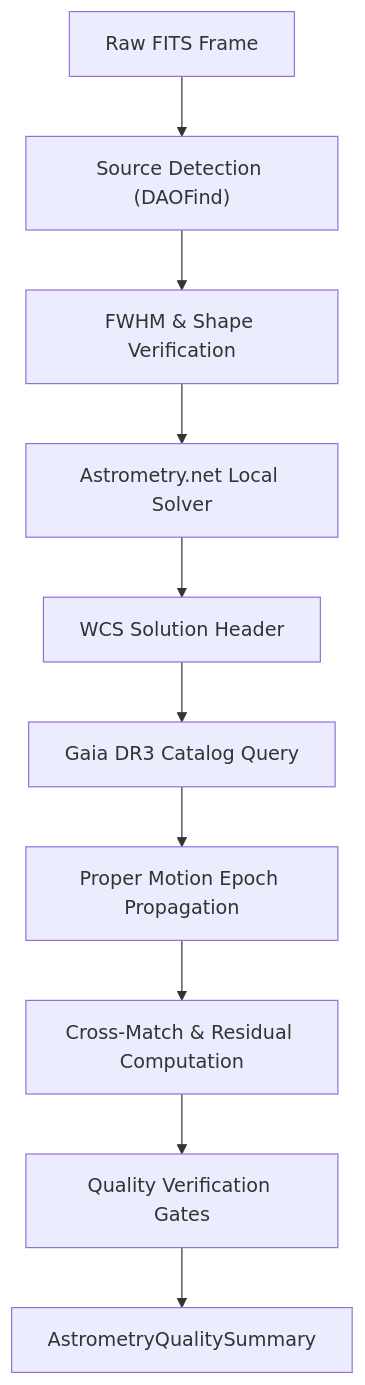
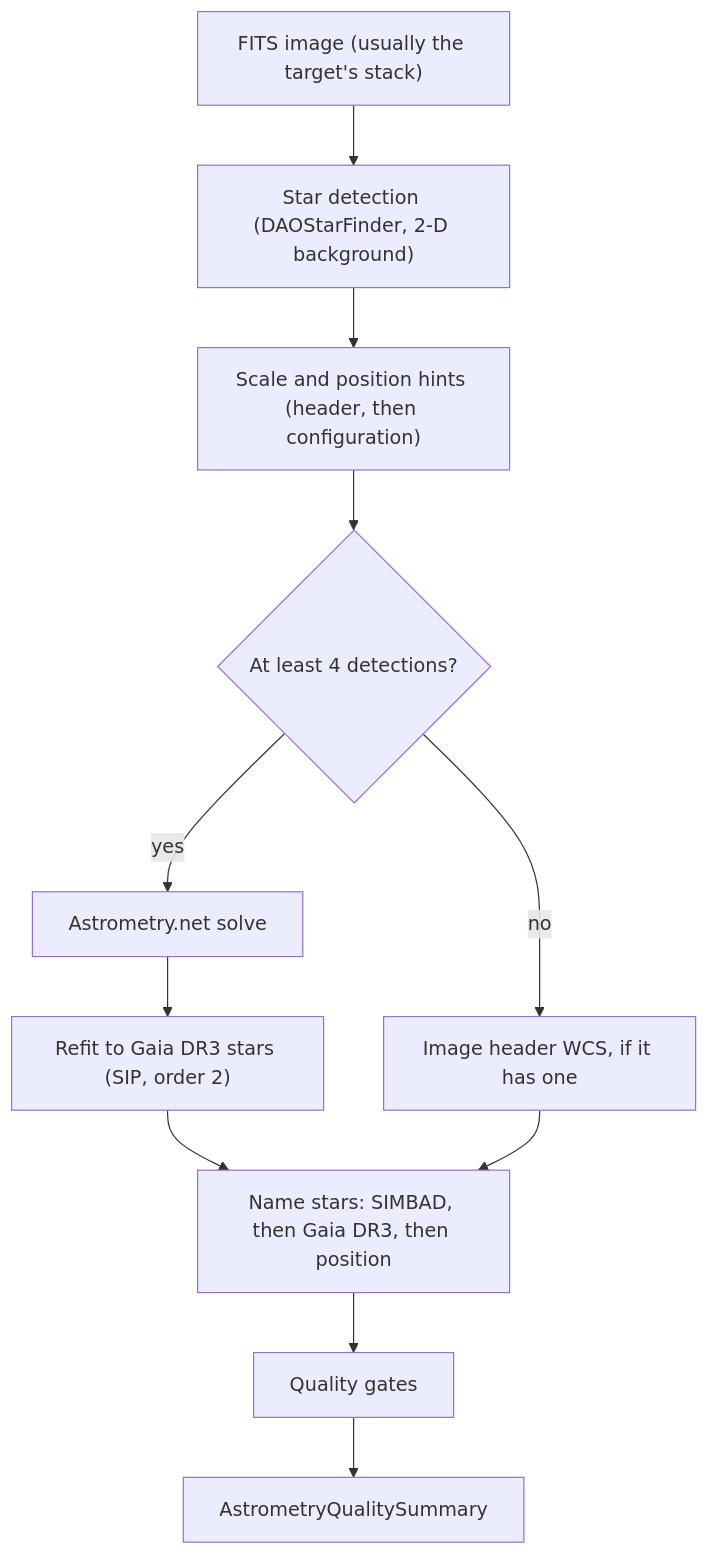
The diagram in documentation/library_design/pipelines/astrometry.md (m1chae2/astrometrics), drawn with Mermaid before and after one commit. The commit also changed other lines of this file and 38 other files, not shown here.

````diff
--- a/documentation/library_design/pipelines/astrometry.md
+++ b/documentation/library_design/pipelines/astrometry.md
@@ -20,12 +22,13 @@
 ```mermaid
 flowchart TD
-    A["Raw FITS Frame"] --> B["Source Detection (DAOFind)"]
-    B --> C["FWHM & Shape Verification"]
-    C --> D["Astrometry.net Local Solver"]
-    D --> E["WCS Solution Header"]
-    E --> F["Gaia DR3 Catalog Query"]
-    F --> G["Proper Motion Epoch Propagation"]
-    G --> H["Cross-Match & Residual Computation"]
-    H --> I["Quality Verification Gates"]
+    A["FITS image (usually the target's stack)"] --> B["Star detection (DAOStarFinder, 2-D background)"]
+    B --> C["Scale and position hints (header, then configuration)"]
+    C --> D{"At least 4 detections?"}
+    D -- yes --> E["Astrometry.net solve"]
+    D -- no --> F["Image header WCS, if it has one"]
+    E --> G["Refit to Gaia DR3 stars (SIP, order 2)"]
+    G --> H["Name stars: SIMBAD, then Gaia DR3, then position"]
+    F --> H
+    H --> I["Quality gates"]
     I --> J["AstrometryQualitySummary"]
 ```
````
